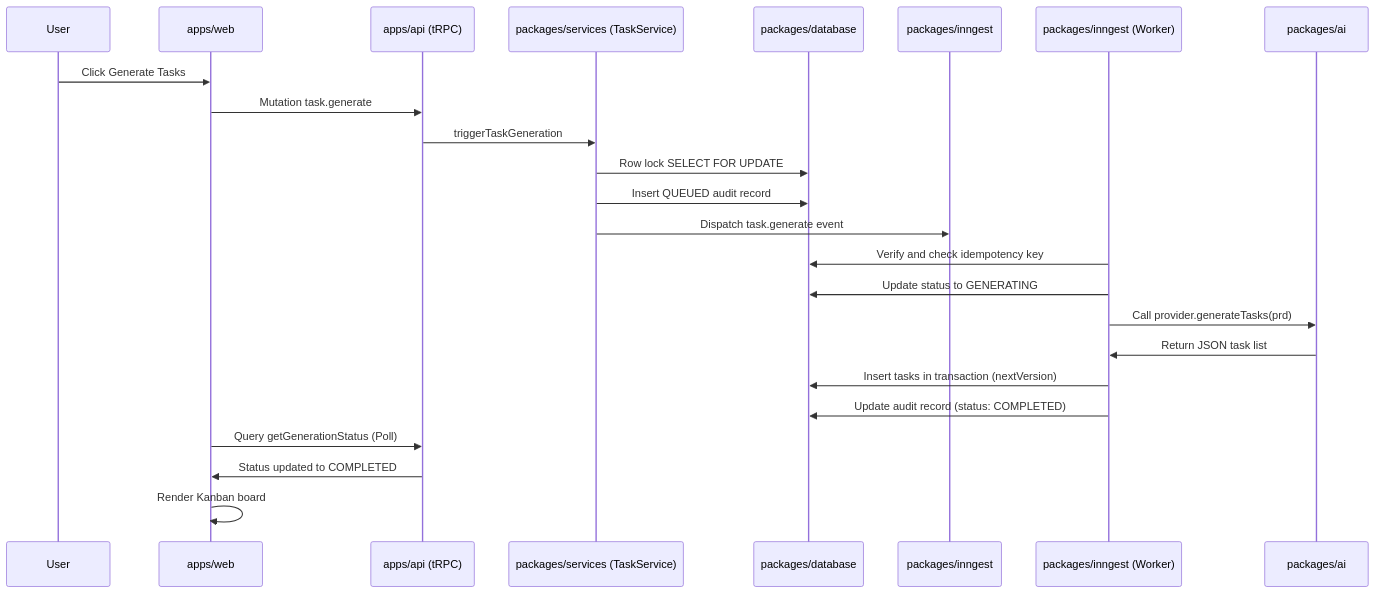
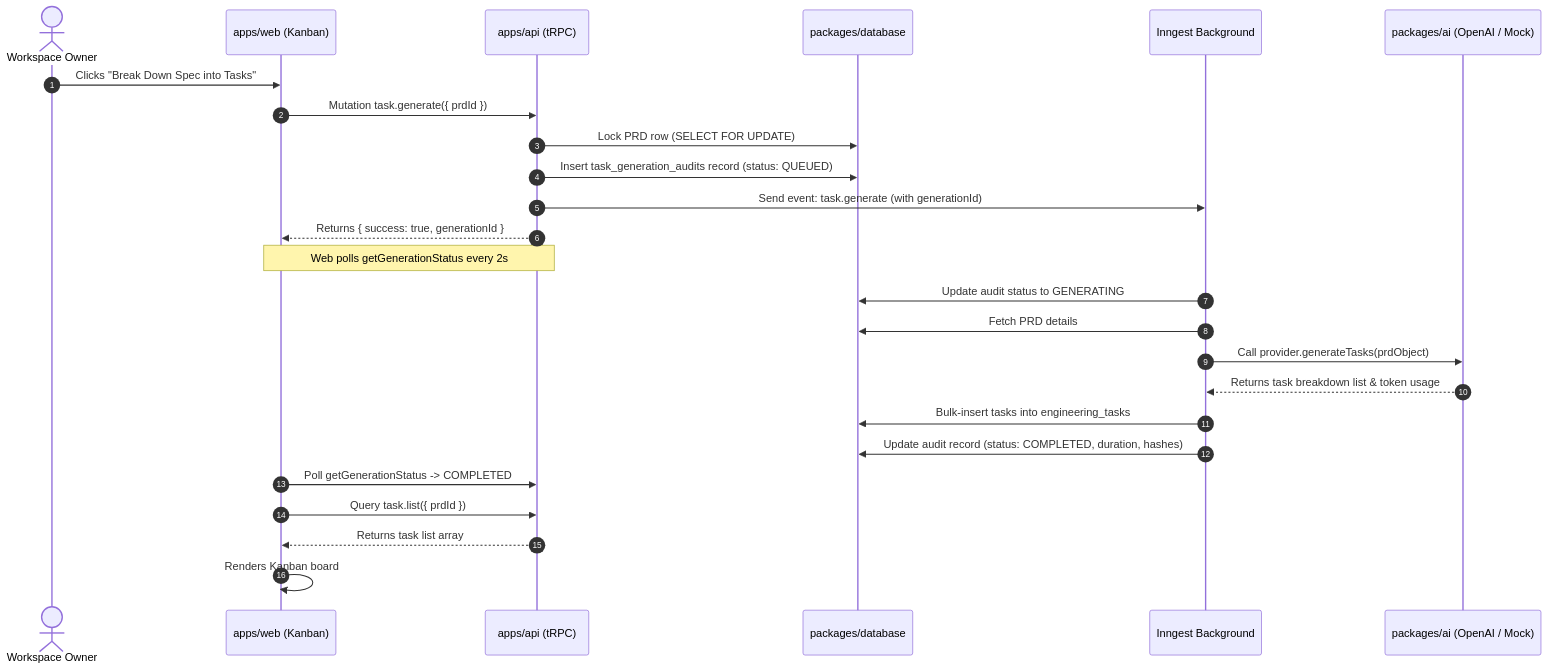
One commit to Satya7250/Launchly changed the fifth of 6 diagrams in README.md. Above: the diagram before and after it, drawn with Mermaid. The commit also changed other lines of this file and 37 other files, not shown here.

Commit message:
feat: implement workspace selection UI, database schema, and demo onboarding workflow

````diff
--- a/README.md
+++ b/README.md
@@ -240,18 +361,30 @@
 ```mermaid
 sequenceDiagram
-    User->>apps/web: Click Generate Tasks
-    apps/web->>apps/api (tRPC): Mutation task.generate
-    apps/api (tRPC)->>packages/services (TaskService): triggerTaskGeneration
-    packages/services (TaskService)->>packages/database: Row lock SELECT FOR UPDATE
-    packages/services (TaskService)->>packages/database: Insert QUEUED audit record
-    packages/services (TaskService)->>packages/inngest: Dispatch task.generate event
-    packages/inngest (Worker)->>packages/database: Verify and check idempotency key
-    packages/inngest (Worker)->>packages/database: Update status to GENERATING
-    packages/inngest (Worker)->>packages/ai: Call provider.generateTasks(prd)
-    packages/ai->>packages/inngest (Worker): Return JSON task list
-    packages/inngest (Worker)->>packages/database: Insert tasks in transaction (nextVersion)
-    packages/inngest (Worker)->>packages/database: Update audit record (status: COMPLETED)
-    apps/web->>apps/api (tRPC): Query getGenerationStatus (Poll)
-    apps/api (tRPC)->>apps/web: Status updated to COMPLETED
-    apps/web->>apps/web: Render Kanban board
+    autonumber
+    actor User as Workspace Owner
+    participant Web as apps/web (Kanban)
+    participant API as apps/api (tRPC)
+    participant DB as packages/database
+    participant Inngest as Inngest Background
+    participant AI as packages/ai (OpenAI / Mock)
+
+    User->>Web: Clicks "Break Down Spec into Tasks"
+    Web->>API: Mutation task.generate({ prdId })
+    API->>DB: Lock PRD row (SELECT FOR UPDATE)
+    API->>DB: Insert task_generation_audits record (status: QUEUED)
+    API->>Inngest: Send event: task.generate (with generationId)
+    API-->>Web: Returns { success: true, generationId }
+    Note over Web,API: Web polls getGenerationStatus every 2s
+    
+    Inngest->>DB: Update audit status to GENERATING
+    Inngest->>DB: Fetch PRD details
+    Inngest->>AI: Call provider.generateTasks(prdObject)
+    AI-->>Inngest: Returns task breakdown list & token usage
+    Inngest->>DB: Bulk-insert tasks into engineering_tasks
+    Inngest->>DB: Update audit record (status: COMPLETED, duration, hashes)
+    
+    Web->>API: Poll getGenerationStatus -> COMPLETED
+    Web->>API: Query task.list({ prdId })
+    API-->>Web: Returns task list array
+    Web->>Web: Renders Kanban board
 ```
````
